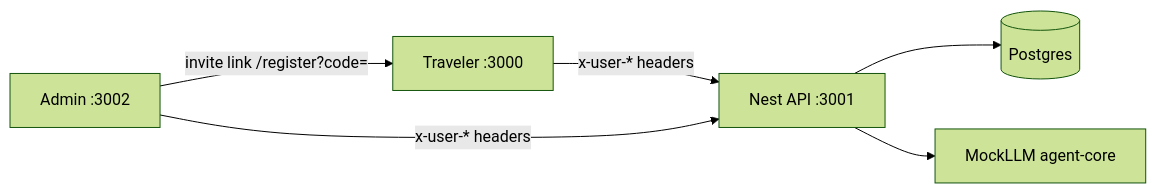
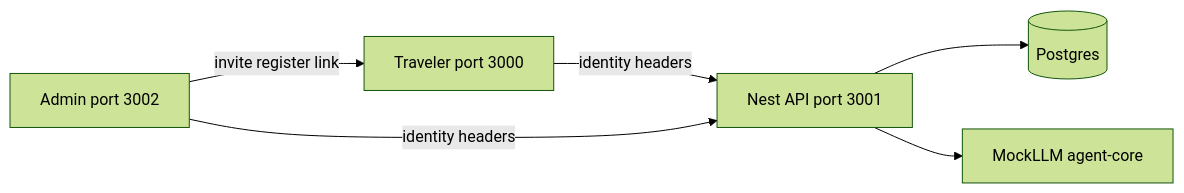
Before and after one commit to zsolt-molnar/travel-bug: the first of 3 diagrams in docs/index.md, drawn with Mermaid (forest theme). The commit also changed other lines of this file, not shown here.

````diff
--- a/docs/index.md
+++ b/docs/index.md
@@ -31,14 +31,14 @@
 ```mermaid
 flowchart LR
-  travelerApp["Traveler :3000"]
-  adminApp["Admin :3002"]
-  nestApi["Nest API :3001"]
+  travelerApp[Traveler port 3000]
+  adminApp[Admin port 3002]
+  nestApi[Nest API port 3001]
   postgres[(Postgres)]
-  mockLlm["MockLLM agent-core"]
+  mockLlm[MockLLM agent-core]
 
-  travelerApp -->|"x-user-* headers"| nestApi
-  adminApp -->|"x-user-* headers"| nestApi
+  travelerApp -->|identity headers| nestApi
+  adminApp -->|identity headers| nestApi
   nestApi --> postgres
   nestApi --> mockLlm
-  adminApp -->|"invite link /register?code="| travelerApp
+  adminApp -->|invite register link| travelerApp
 ```
````
